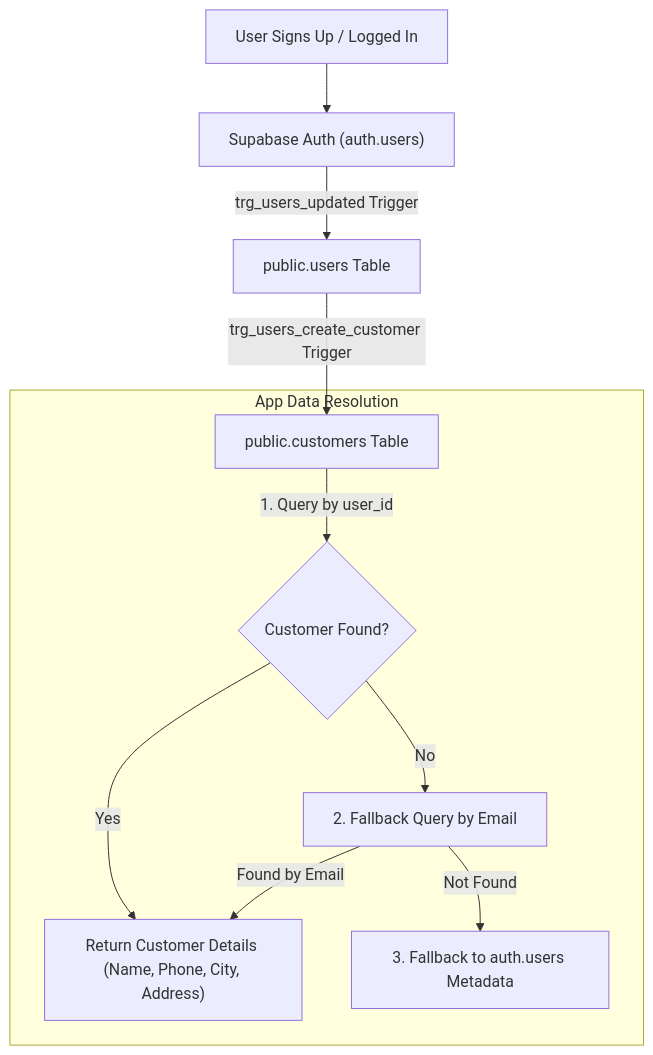
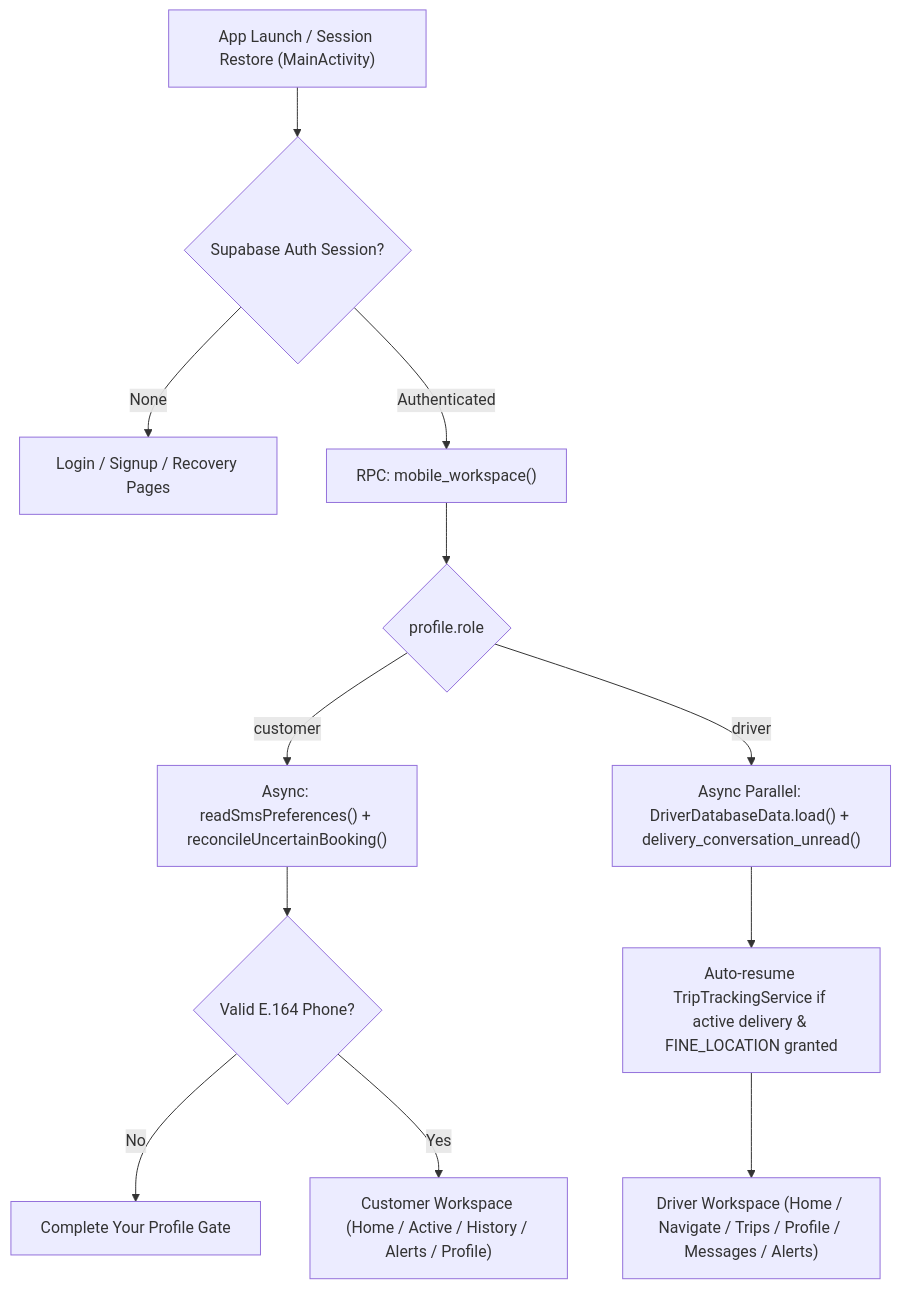
The first of 3 diagrams in project.md (Schtemberg0147/Tanaw_Mobile), drawn with Mermaid before and after one commit. The commit also changed other lines of this file and 435 other files, not shown here.

````diff
--- a/project.md
+++ b/project.md
@@ -85,14 +81,14 @@
 ```mermaid
 flowchart TD
-    A["User Signs Up / Logged In"] --> B["Supabase Auth (auth.users)"]
-    B -->|"trg_users_updated Trigger"| C["public.users Table"]
-    C -->|"trg_users_create_customer Trigger"| D["public.customers Table"]
-    
-    subgraph App Data Resolution
-        D -->|"1. Query by user_id"| E{"Customer Found?"}
-        E -- "Yes" --> F["Return Customer Details (Name, Phone, City, Address)"]
-        E -- "No" --> G["2. Fallback Query by Email"]
-        G -->|"Found by Email"| F
-        G -->|"Not Found"| H["3. Fallback to auth.users Metadata"]
-    end
+    A["App Launch / Session Restore (MainActivity)"] --> B{"Supabase Auth Session?"}
+    B -- "None" --> C["Login / Signup / Recovery Pages"]
+    B -- "Authenticated" --> D["RPC: mobile_workspace()"]
+    D --> E{"profile.role"}
+    E -- "customer" --> F["Async: readSmsPreferences() + reconcileUncertainBooking()"]
+    F --> G{"Valid E.164 Phone?"}
+    G -- "No" --> H["Complete Your Profile Gate"]
+    G -- "Yes" --> I["Customer Workspace (Home / Active / History / Alerts / Profile)"]
+    E -- "driver" --> J["Async Parallel: DriverDatabaseData.load() + delivery_conversation_unread()"]
+    J --> K["Auto-resume TripTrackingService if active delivery & FINE_LOCATION granted"]
+    K --> L["Driver Workspace (Home / Navigate / Trips / Profile / Messages / Alerts)"]
 ```
````
